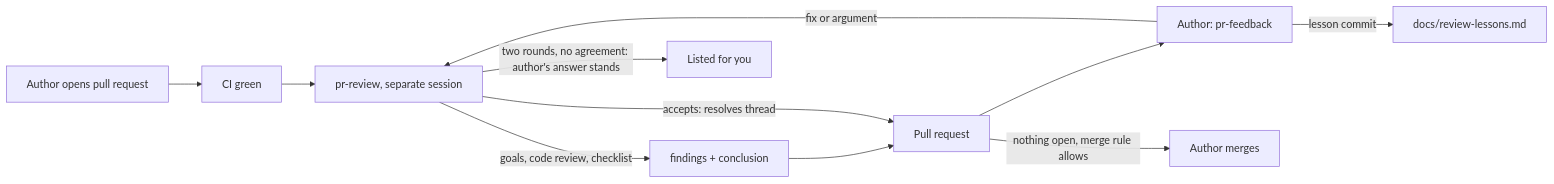
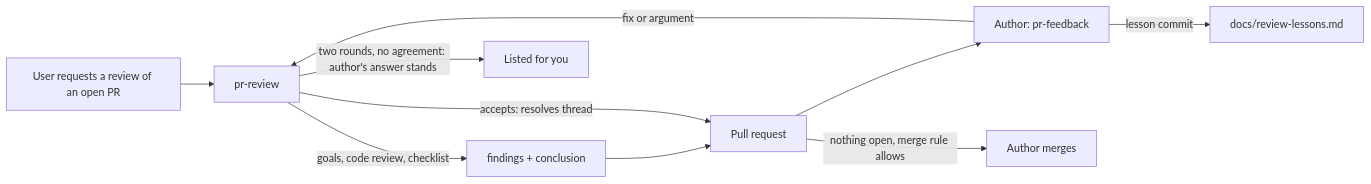
One commit to SMB-M87/Kinetra changed the diagram in .agents/skills/pr-review/README.md. Above: the diagram before and after it, drawn with Mermaid. The commit also changed other lines of this file and 14 other files, not shown here.

Commit message:
docs(workflow): integrate scenario tests and author review

````diff
--- a/.agents/skills/pr-review/README.md
+++ b/.agents/skills/pr-review/README.md
@@ -30,13 +30,12 @@
 ```mermaid
 flowchart LR
-    A0[Author opens pull request] --> CI[CI green]
-    CI --> R[pr-review, separate session]
+    A0[User requests a review of an open PR] --> R[pr-review]
     R -->|goals, code review, checklist| F[findings + conclusion]
     F --> PR[Pull request]
     PR --> A[Author: pr-feedback]
     A -->|fix or argument| R
     R -->|accepts: resolves thread| PR
     R -->|two rounds, no agreement: author's answer stands| U[Listed for you]
     PR -->|nothing open, merge rule allows| M[Author merges]
     A -->|lesson commit| L[docs/review-lessons.md]
 ```
````
